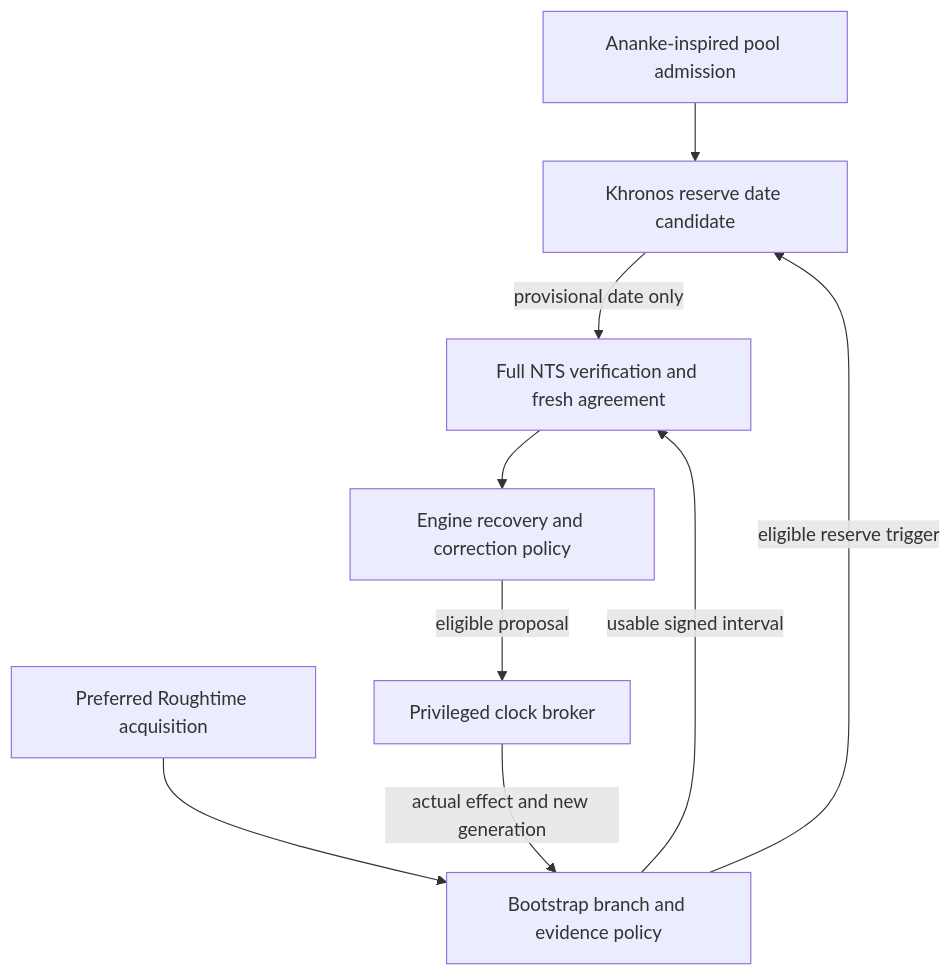
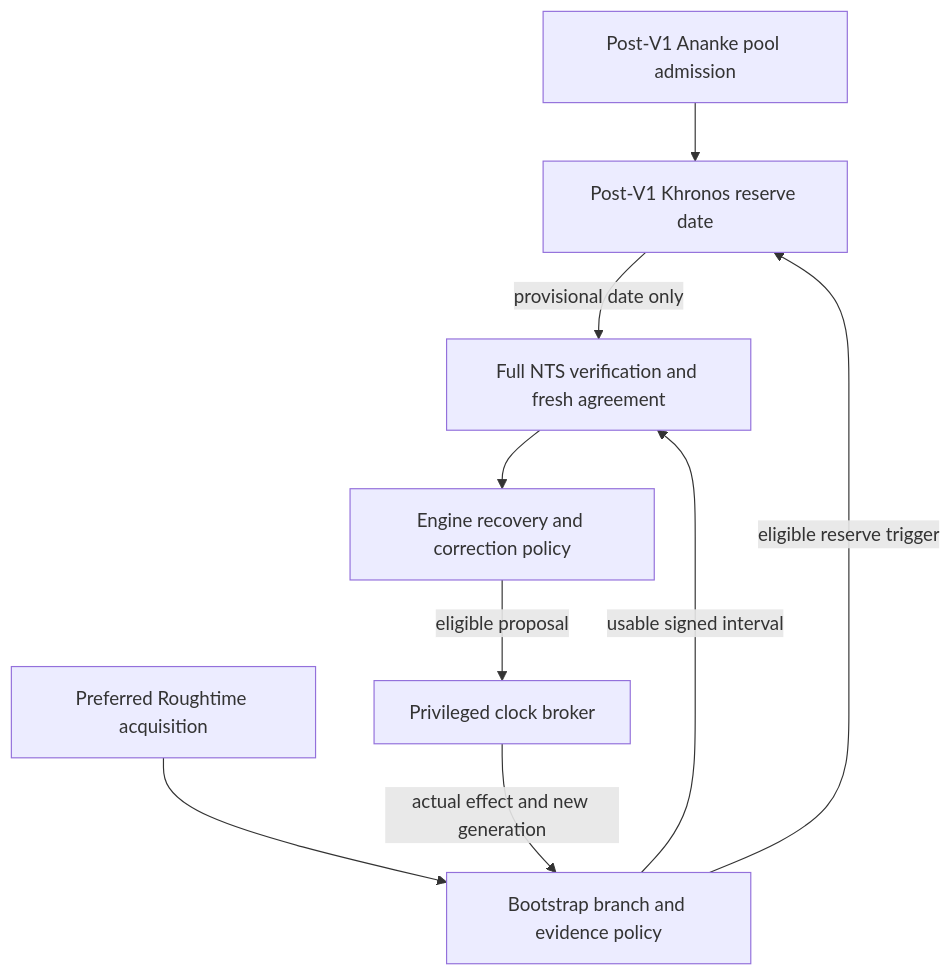
Before and after one commit to DavidOsipov/NevroTick: the diagram in docs/plans/time-assurance-integration.md, drawn with Mermaid. The commit also changed other lines of this file and 21 other files, not shown here.

````diff
--- a/docs/plans/time-assurance-integration.md
+++ b/docs/plans/time-assurance-integration.md
@@ -117,11 +136,11 @@
 ```mermaid
 flowchart TD
-    A["Ananke-inspired pool admission"] --> K["Khronos reserve date candidate"]
+    A["Post-V1 Ananke pool admission"] --> K["Post-V1 Khronos reserve date"]
     R["Preferred Roughtime acquisition"] --> S["Bootstrap branch and evidence policy"]
     S -->|"usable signed interval"| N["Full NTS verification and fresh agreement"]
     S -->|"eligible reserve trigger"| K
     K -->|"provisional date only"| N
     N --> P["Engine recovery and correction policy"]
     P -->|"eligible proposal"| B["Privileged clock broker"]
     B -->|"actual effect and new generation"| S
 ```
````
